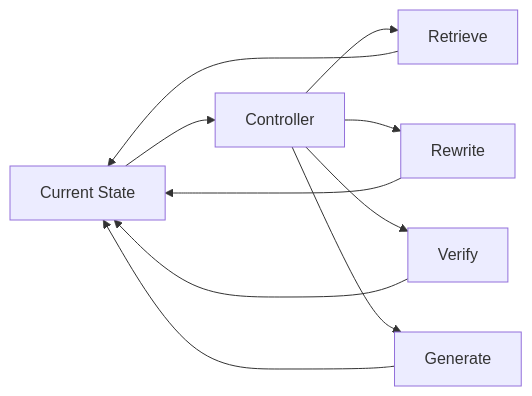
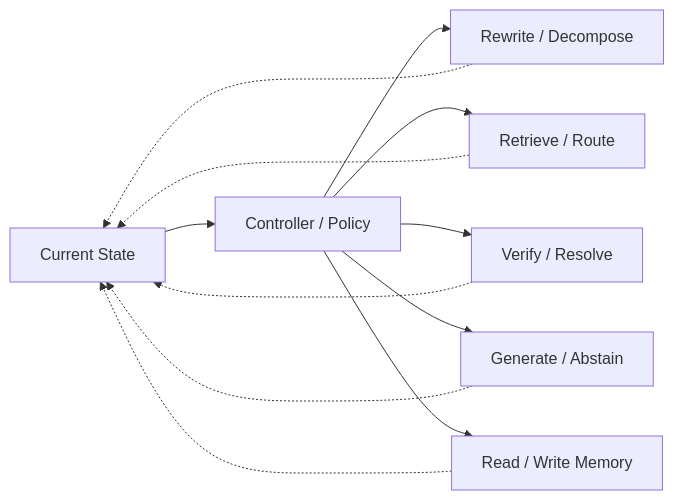
One commit to Cycl0n3-ga/RAG-survey changed the diagram in 02 - 研究領域專題 (Research Domains)/Domain 12 - Agentic RAG & Orchestration.md. Above: the diagram before and after it, drawn with Mermaid. The commit also changed other lines of this file and 4 other files, not shown here.

Commit message:
docs(taxonomy): complete compact domain maps and repair flow

````diff
--- a/02 - 研究領域專題 (Research Domains)/Domain 12 - Agentic RAG & Orchestration.md
+++ b/02 - 研究領域專題 (Research Domains)/Domain 12 - Agentic RAG & Orchestration.md
@@ -36,12 +15,14 @@
 ```mermaid
 flowchart LR
-    STATE["Current State"] --> CTRL["Controller"]
-    CTRL --> RET["Retrieve"]
-    CTRL --> REWRITE["Rewrite"]
-    CTRL --> VERIFY["Verify"]
-    CTRL --> GEN["Generate"]
-    RET --> STATE
-    REWRITE --> STATE
-    VERIFY --> STATE
-    GEN --> STATE
+    S["Current State"] --> C["Controller / Policy"]
+    C --> Q["Rewrite / Decompose"]
+    C --> R["Retrieve / Route"]
+    C --> V["Verify / Resolve"]
+    C --> G["Generate / Abstain"]
+    C --> M["Read / Write Memory"]
+    Q -.-> S
+    R -.-> S
+    V -.-> S
+    G -.-> S
+    M -.-> S
 ```
````
